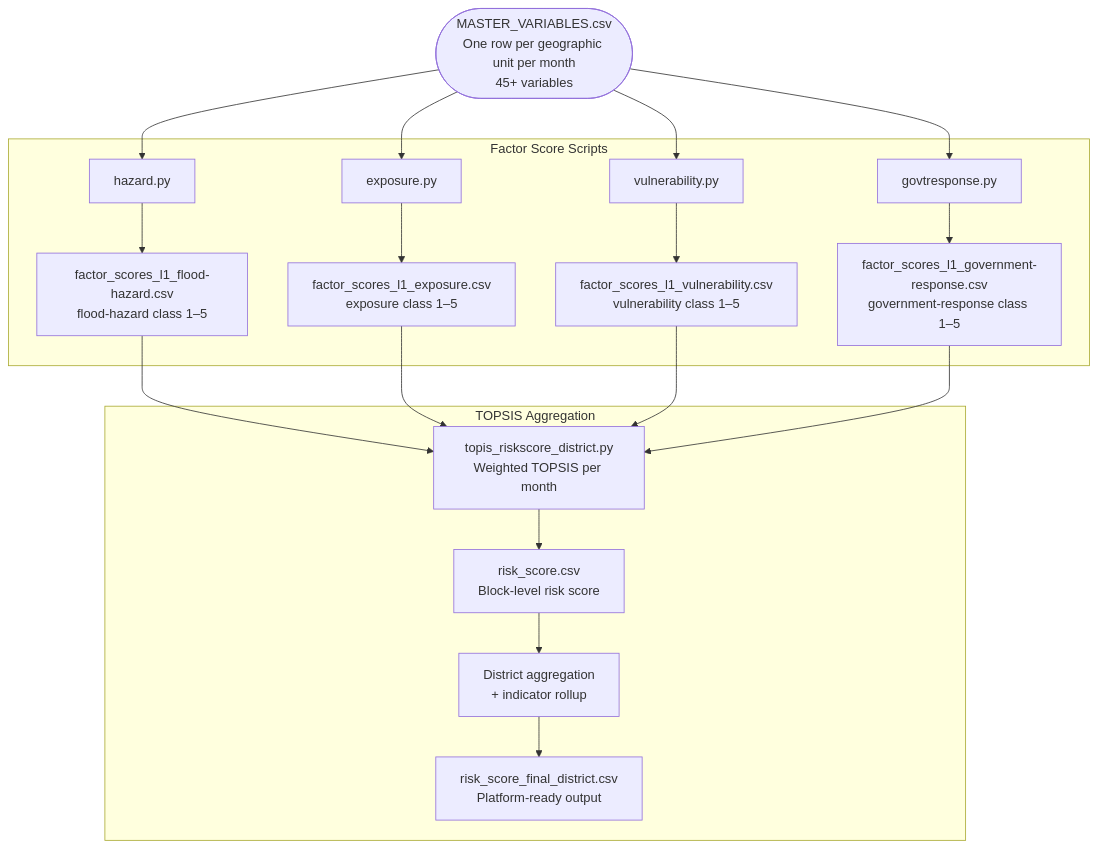
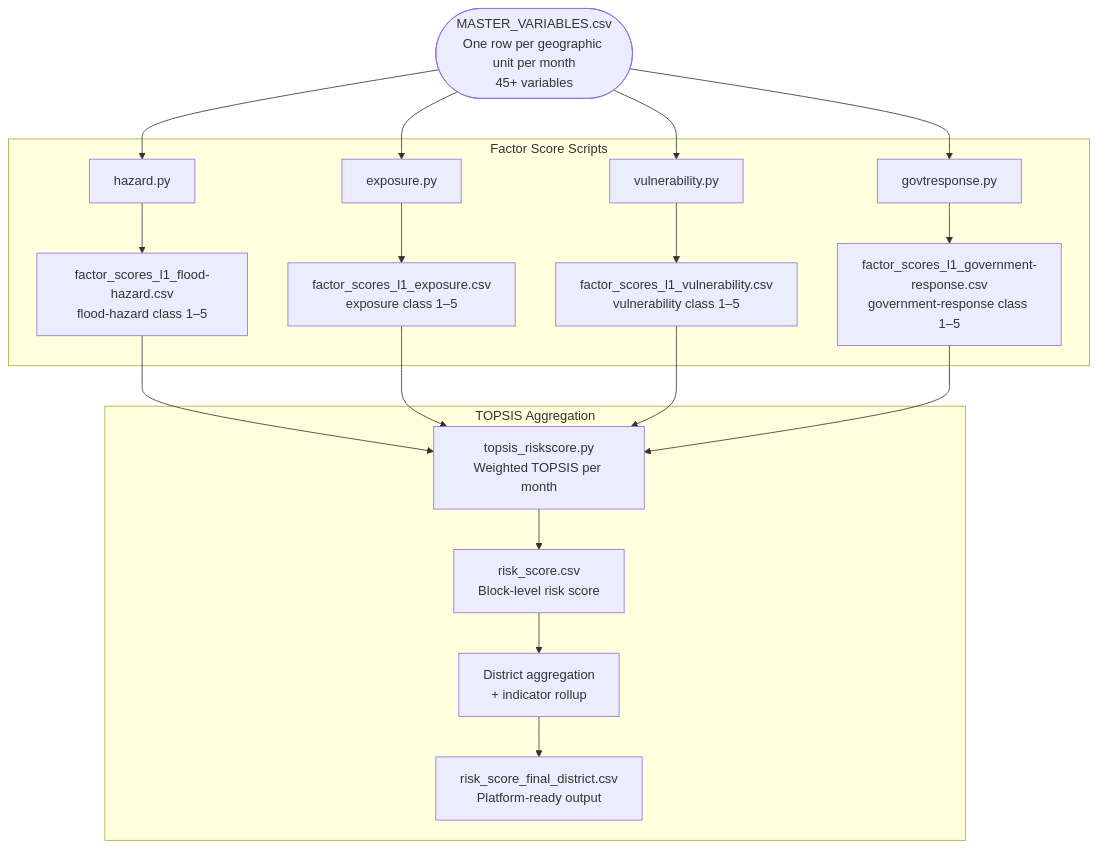
The diagram in RiskScoreModel/docs/README.md (CivicDataLab/risk-score-model-generic), drawn with Mermaid before and after one commit. The commit also changed other lines of this file and 38 other files, not shown here.

````diff
--- a/RiskScoreModel/docs/README.md
+++ b/RiskScoreModel/docs/README.md
@@ -27,23 +27,23 @@
 ```mermaid
 flowchart TD
     A([MASTER_VARIABLES.csv\nOne row per geographic unit per month\n45+ variables]) --> B
 
     subgraph FactorScores["Factor Score Scripts"]
         B[hazard.py] --> B1[factor_scores_l1_flood-hazard.csv\nflood-hazard class 1–5]
         C[exposure.py] --> C1[factor_scores_l1_exposure.csv\nexposure class 1–5]
         D[vulnerability.py] --> D1[factor_scores_l1_vulnerability.csv\nvulnerability class 1–5]
         E[govtresponse.py] --> E1[factor_scores_l1_government-response.csv\ngovernment-response class 1–5]
     end
 
     A --> C
     A --> D
     A --> E
 
     B1 & C1 & D1 & E1 --> F
 
     subgraph TOPSIS["TOPSIS Aggregation"]
-        F[topis_riskscore_district.py\nWeighted TOPSIS per month] --> G[risk_score.csv\nBlock-level risk score]
+        F[topsis_riskscore.py\nWeighted TOPSIS per month] --> G[risk_score.csv\nBlock-level risk score]
         G --> H[District aggregation\n+ indicator rollup]
         H --> I[risk_score_final_district.csv\nPlatform-ready output]
     end
 ```
````
